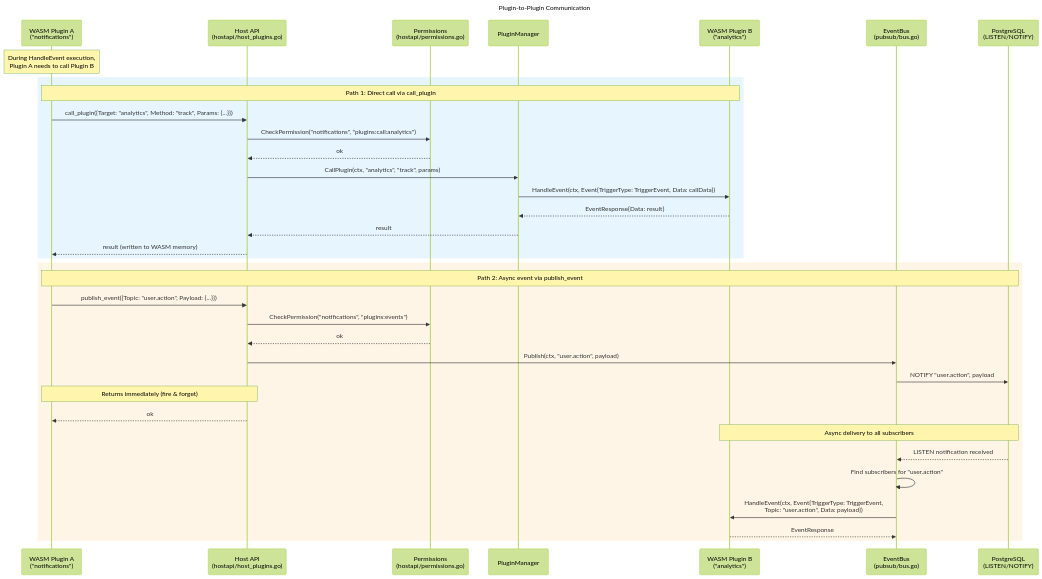
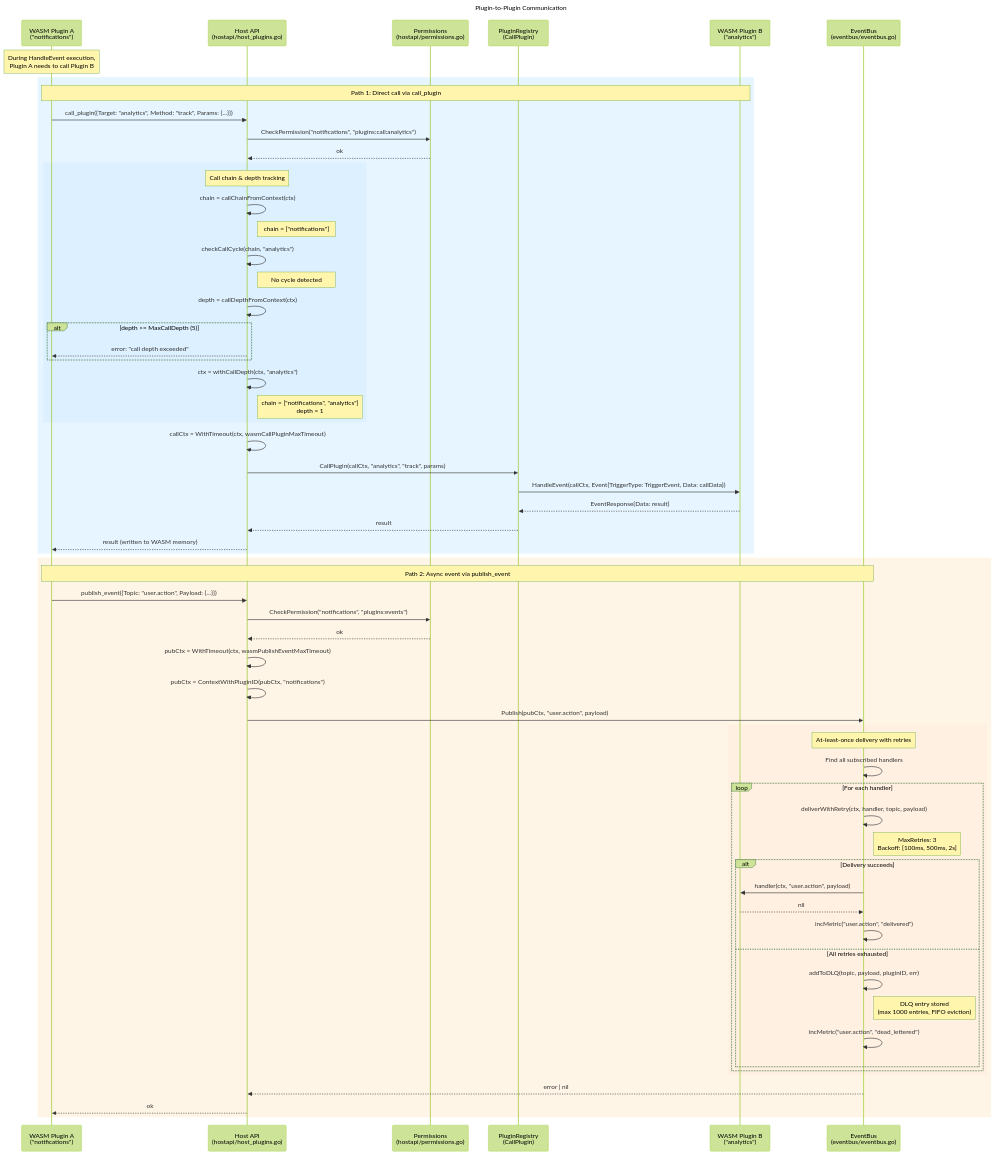
One commit to StaZisS/SuperBotGo changed the diagram in docs/seq-plugin-to-plugin.mmd. Above: the diagram before and after it, drawn with Mermaid (forest theme). The commit also changed 7 other files, not shown here.

```diff
--- a/docs/seq-plugin-to-plugin.mmd
+++ b/docs/seq-plugin-to-plugin.mmd
@@ -1,47 +1,75 @@
 sequenceDiagram
     title Plugin-to-Plugin Communication
 
     participant PluginA as WASM Plugin A<br/>("notifications")
     participant HostAPI as Host API<br/>(hostapi/host_plugins.go)
     participant Perms as Permissions<br/>(hostapi/permissions.go)
-    participant PM as PluginManager
+    participant PM as PluginRegistry<br/>(CallPlugin)
     participant PluginB as WASM Plugin B<br/>("analytics")
-    participant Bus as EventBus<br/>(pubsub/bus.go)
-    participant PG as PostgreSQL<br/>(LISTEN/NOTIFY)
+    participant Bus as EventBus<br/>(eventbus/eventbus.go)
 
     Note over PluginA: During HandleEvent execution,<br/>Plugin A needs to call Plugin B
 
     rect rgb(230, 245, 255)
         Note over PluginA, PluginB: Path 1: Direct call via call_plugin
 
         PluginA->>HostAPI: call_plugin({Target: "analytics", Method: "track", Params: {...}})
         HostAPI->>Perms: CheckPermission("notifications", "plugins:call:analytics")
         Perms-->>HostAPI: ok
 
-        HostAPI->>PM: CallPlugin(ctx, "analytics", "track", params)
-        PM->>PluginB: HandleEvent(ctx, Event{TriggerType: TriggerEvent, Data: callData})
+        rect rgb(220, 240, 255)
+            Note over HostAPI: Call chain & depth tracking
+            HostAPI->>HostAPI: chain = callChainFromContext(ctx)
+            Note right of HostAPI: chain = ["notifications"]
+            HostAPI->>HostAPI: checkCallCycle(chain, "analytics")
+            Note right of HostAPI: No cycle detected
+            HostAPI->>HostAPI: depth = callDepthFromContext(ctx)
+            alt depth >= MaxCallDepth (5)
+                HostAPI-->>PluginA: error: "call depth exceeded"
+            end
+            HostAPI->>HostAPI: ctx = withCallDepth(ctx, "analytics")
+            Note right of HostAPI: chain = ["notifications", "analytics"]<br/>depth = 1
+        end
+
+        HostAPI->>HostAPI: callCtx = WithTimeout(ctx, wasmCallPluginMaxTimeout)
+        HostAPI->>PM: CallPlugin(callCtx, "analytics", "track", params)
+        PM->>PluginB: HandleEvent(callCtx, Event{TriggerType: TriggerEvent, Data: callData})
         PluginB-->>PM: EventResponse{Data: result}
         PM-->>HostAPI: result
         HostAPI-->>PluginA: result (written to WASM memory)
     end
 
     rect rgb(255, 245, 230)
-        Note over PluginA, PG: Path 2: Async event via publish_event
+        Note over PluginA, Bus: Path 2: Async event via publish_event
 
         PluginA->>HostAPI: publish_event({Topic: "user.action", Payload: {...}})
         HostAPI->>Perms: CheckPermission("notifications", "plugins:events")
         Perms-->>HostAPI: ok
 
-        HostAPI->>Bus: Publish(ctx, "user.action", payload)
-        Bus->>PG: NOTIFY "user.action", payload
+        HostAPI->>HostAPI: pubCtx = WithTimeout(ctx, wasmPublishEventMaxTimeout)
+        HostAPI->>HostAPI: pubCtx = ContextWithPluginID(pubCtx, "notifications")
 
-        Note over HostAPI,PluginA: Returns immediately (fire & forget)
+        HostAPI->>Bus: Publish(pubCtx, "user.action", payload)
+
+        rect rgb(255, 240, 225)
+            Note over Bus: At-least-once delivery with retries
+            Bus->>Bus: Find all subscribed handlers
+
+            loop For each handler
+                Bus->>Bus: deliverWithRetry(ctx, handler, topic, payload)
+                Note right of Bus: MaxRetries: 3<br/>Backoff: [100ms, 500ms, 2s]
+                alt Delivery succeeds
+                    Bus->>PluginB: handler(ctx, "user.action", payload)
+                    PluginB-->>Bus: nil
+                    Bus->>Bus: incMetric("user.action", "delivered")
+                else All retries exhausted
+                    Bus->>Bus: addToDLQ(topic, payload, pluginID, err)
+                    Note right of Bus: DLQ entry stored<br/>(max 1000 entries, FIFO eviction)
+                    Bus->>Bus: incMetric("user.action", "dead_lettered")
+                end
+            end
+        end
+
+        Bus-->>HostAPI: error | nil
         HostAPI-->>PluginA: ok
-
-        Note over PG,PluginB: Async delivery to all subscribers
-
-        PG-->>Bus: LISTEN notification received
-        Bus->>Bus: Find subscribers for "user.action"
-        Bus->>PluginB: HandleEvent(ctx, Event{TriggerType: TriggerEvent,<br/>Topic: "user.action", Data: payload})
-        PluginB-->>Bus: EventResponse
     end
```
